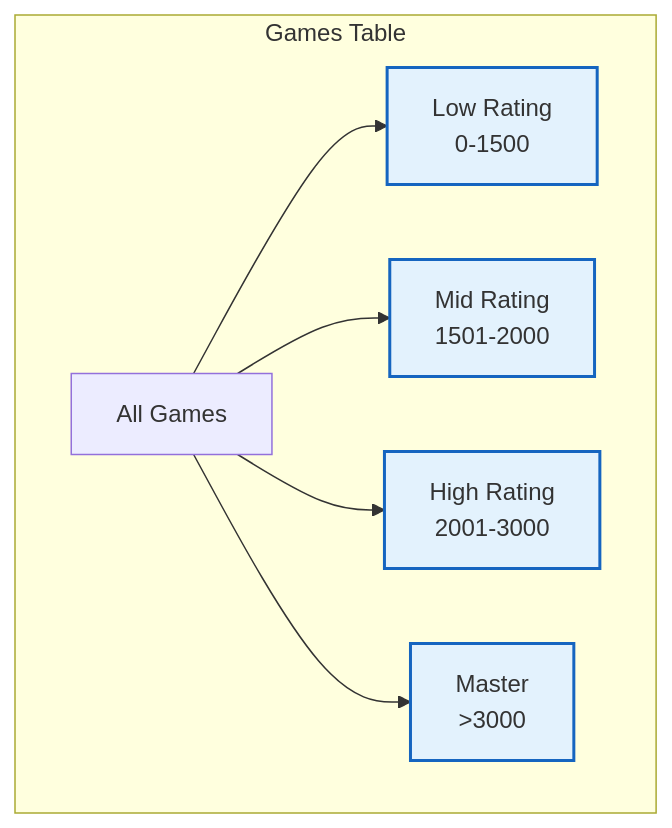
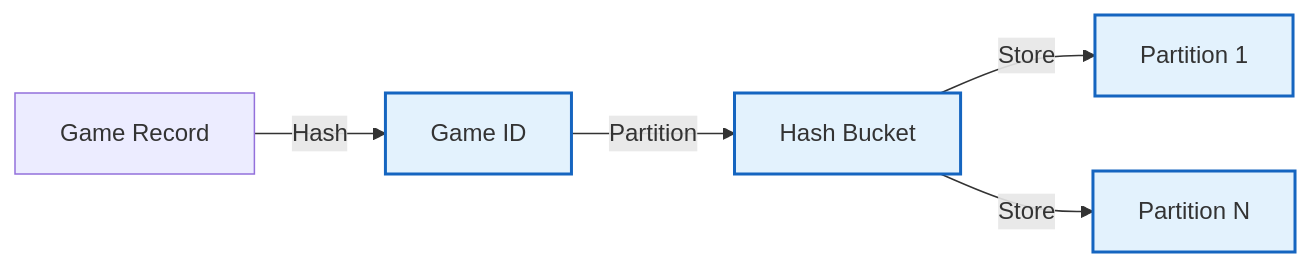
One commit to nessaee/chess-database changed the fourth of 5 diagrams in docs/architecture.md. Above: the diagram before and after it, drawn with Mermaid. The commit also changed other lines of this file and 4 other files, not shown here.

```diff
--- a/docs/architecture.md
+++ b/docs/architecture.md
@@ -156,13 +156,10 @@
 <pre class="mermaid">
-graph TB
-    subgraph Games Table
-        A[All Games] --> B[Low Rating<br/>0-1500]
-        A --> C[Mid Rating<br/>1501-2000]
-        A --> D[High Rating<br/>2001-3000]
-        A --> E[Master<br/>>3000]
-    end
-    
-    %% Styling
+graph LR
+    A[Game Record] -->|Hash| B[Game ID]
+    B -->|Partition| C[Hash Bucket]
+    C -->|Store| D[Partition 1]
+    C -->|Store| E[Partition N]
+
     classDef partition fill:#e3f2fd,stroke:#1565c0,stroke-width:2px;
     class B,C,D,E partition;
 </pre>
```
